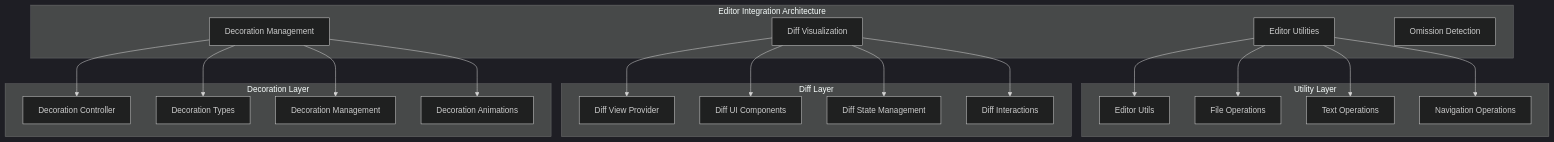
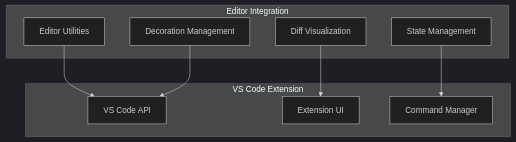
One commit to mschulkind/kilocode changed the diagram in docs/integrations/EDITOR_INTEGRATION.md. Above: the diagram before and after it, drawn with Mermaid (dark theme). The commit also changed other lines of this file and 41 other files, not shown here.

````diff
--- a/docs/integrations/EDITOR_INTEGRATION.md
+++ b/docs/integrations/EDITOR_INTEGRATION.md
@@ -45,45 +45,20 @@
 ```mermaid
 graph TB
-    subgraph "Editor Integration Architecture"
+    subgraph "Editor Integration"
         EU[Editor Utilities]
         DV[Diff Visualization]
         DM[Decoration Management]
-        OD[Omission Detection]
+        SM[State Management]
     end
-
-    subgraph "Utility Layer"
-        EU_UTIL[Editor Utils]
-        FILE_OPS[File Operations]
-        TEXT_OPS[Text Operations]
-        NAV_OPS[Navigation Operations]
+    
+    subgraph "VS Code Extension"
+        API[VS Code API]
+        UI[Extension UI]
+        CM[Command Manager]
     end
-
-    subgraph "Diff Layer"
-        DVP[Diff View Provider]
-        DIFF_UI[Diff UI Components]
-        DIFF_STATE[Diff State Management]
-        DIFF_INTERACT[Diff Interactions]
-    end
-
-    subgraph "Decoration Layer"
-        DC[Decoration Controller]
-        DECO_TYPES[Decoration Types]
-        DECO_MANAGE[Decoration Management]
-        DECO_ANIM[Decoration Animations]
-    end
-
-    EU --> EU_UTIL
-    EU --> FILE_OPS
-    EU --> TEXT_OPS
-    EU --> NAV_OPS
-
-    DV --> DVP
-    DV --> DIFF_UI
-    DV --> DIFF_STATE
-    DV --> DIFF_INTERACT
-
-    DM --> DC
-    DM --> DECO_TYPES
-    DM --> DECO_MANAGE
-    DM --> DECO_ANIM
+    
+    EU --> API
+    DV --> UI
+    DM --> API
+    SM --> CM
 ```
````
